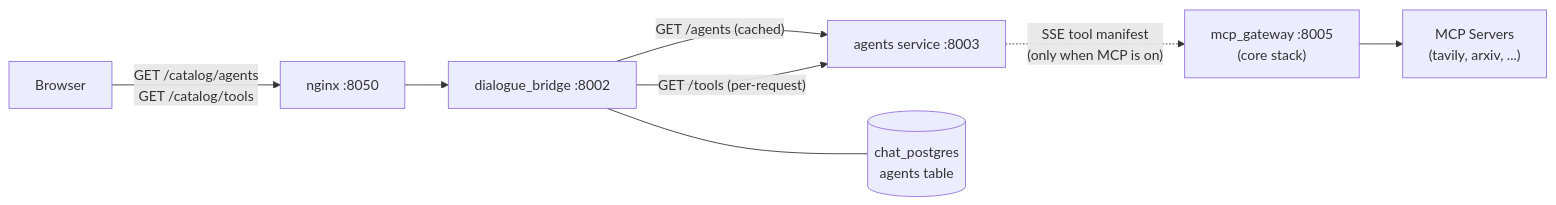
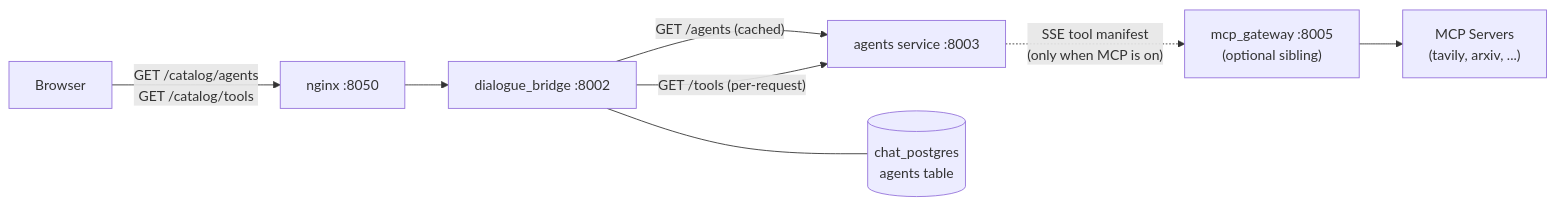
One commit to konstantinosmpouros/mAgenticX changed the first of 6 diagrams in docs/flows/catalog.md. Above: the diagram before and after it, drawn with Mermaid. The commit also changed other lines of this file and 26 other files, not shown here.

````diff
--- a/docs/flows/catalog.md
+++ b/docs/flows/catalog.md
@@ -9,10 +9,10 @@
 ```mermaid
 flowchart LR
-    Browser["Browser"] -->|"GET /catalog/agents\nGET /catalog/tools"| nginx["nginx :8050"]
+    Browser["Browser"] -->|"GET /catalog/agents<br/>GET /catalog/tools"| nginx["nginx :8050"]
     nginx --> bridge["dialogue_bridge :8002"]
     bridge -->|"GET /agents (cached)"| agents["agents service :8003"]
     bridge -->|"GET /tools (per-request)"| agents
-    agents -.->|"SSE tool manifest\n(only when MCP is on)"| mcp["mcp_gateway :8005\n(core stack)"]
-    mcp --> servers["MCP Servers\n(tavily, arxiv, ...)"]
-    bridge --- pg[("chat_postgres\nagents table")]
+    agents -.->|"SSE tool manifest<br/>(only when MCP is on)"| mcp["mcp_gateway :8005<br/>(optional sibling)"]
+    mcp --> servers["MCP Servers<br/>(tavily, arxiv, ...)"]
+    bridge --- pg[("chat_postgres<br/>agents table")]
 ```
````
